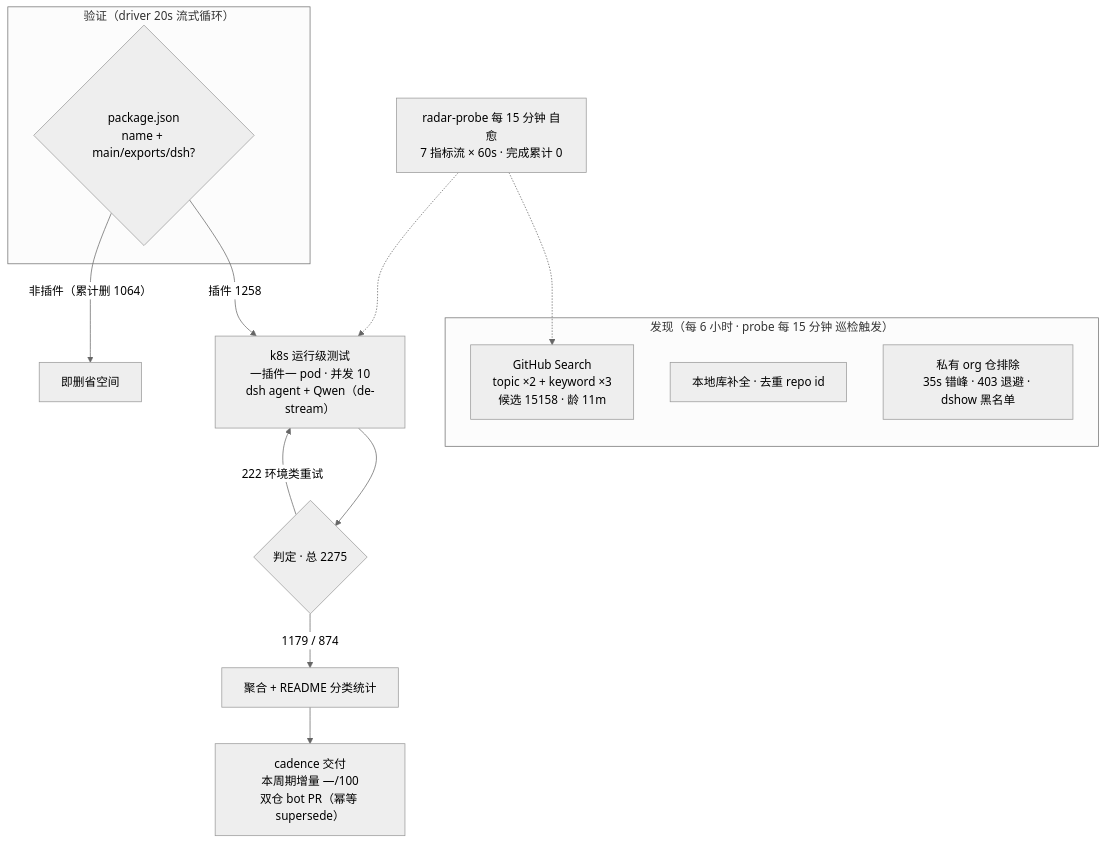
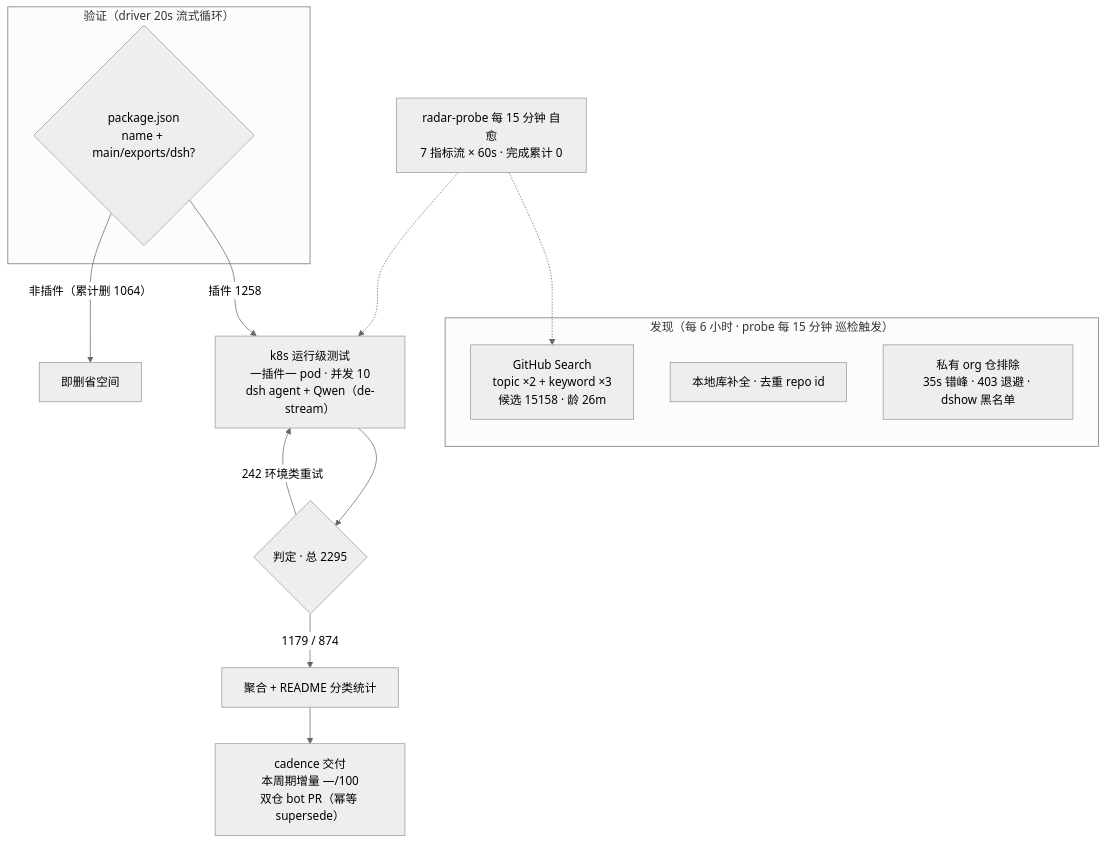
The diagram in README.md (Zhidao-Lab-OSS/awesome-dsh-plugins), drawn with Mermaid (neutral theme) before and after one commit. The commit also changed other lines of this file and 1 other file, not shown here.

````diff
--- a/README.md
+++ b/README.md
@@ -37,20 +37,20 @@
 ```mermaid
 flowchart TB
     subgraph Discovery["发现（每 6 小时 · probe 每 15 分钟 巡检触发）"]
-        A1["GitHub Search<br/>topic ×2 + keyword ×3<br/>候选 15158 · 龄 11m"]
+        A1["GitHub Search<br/>topic ×2 + keyword ×3<br/>候选 15158 · 龄 26m"]
         A2["本地库补全 · 去重 repo id"]
         A3["私有 org 仓排除<br/>35s 错峰 · 403 退避 · dshow 黑名单"]
     end
     subgraph Validation["验证（driver 20s 流式循环）"]
         B1{"package.json<br/>name + main/exports/dsh?"}
     end
     B1 -->|"插件 1258"| C1["k8s 运行级测试<br/>一插件一 pod · 并发 10<br/>dsh agent + Qwen（de-stream）"]
     B1 -->|"非插件（累计删 1064）"| B3["即删省空间"]
-    C1 --> D1{"判定 · 总 2275"}
+    C1 --> D1{"判定 · 总 2295"}
     D1 -->|"1179 / 874"| E1["聚合 + README 分类统计"]
-    D1 -->|"222 环境类重试"| C1
+    D1 -->|"242 环境类重试"| C1
     E1 --> E2["cadence 交付<br/>本周期增量 —/100<br/>双仓 bot PR（幂等 supersede）"]
     M["radar-probe 每 15 分钟 自愈<br/>7 指标流 × 60s · 完成累计 0"]
     M -.-> A1
     M -.-> C1
 ```
````
